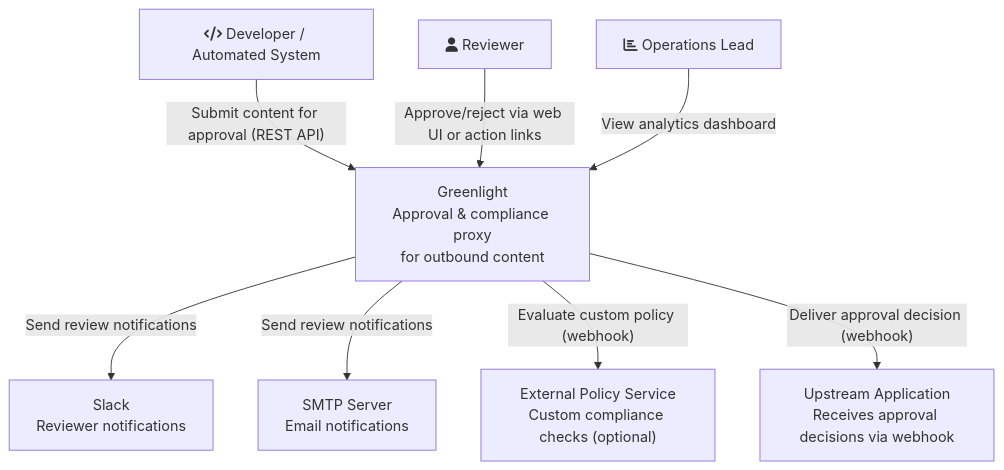
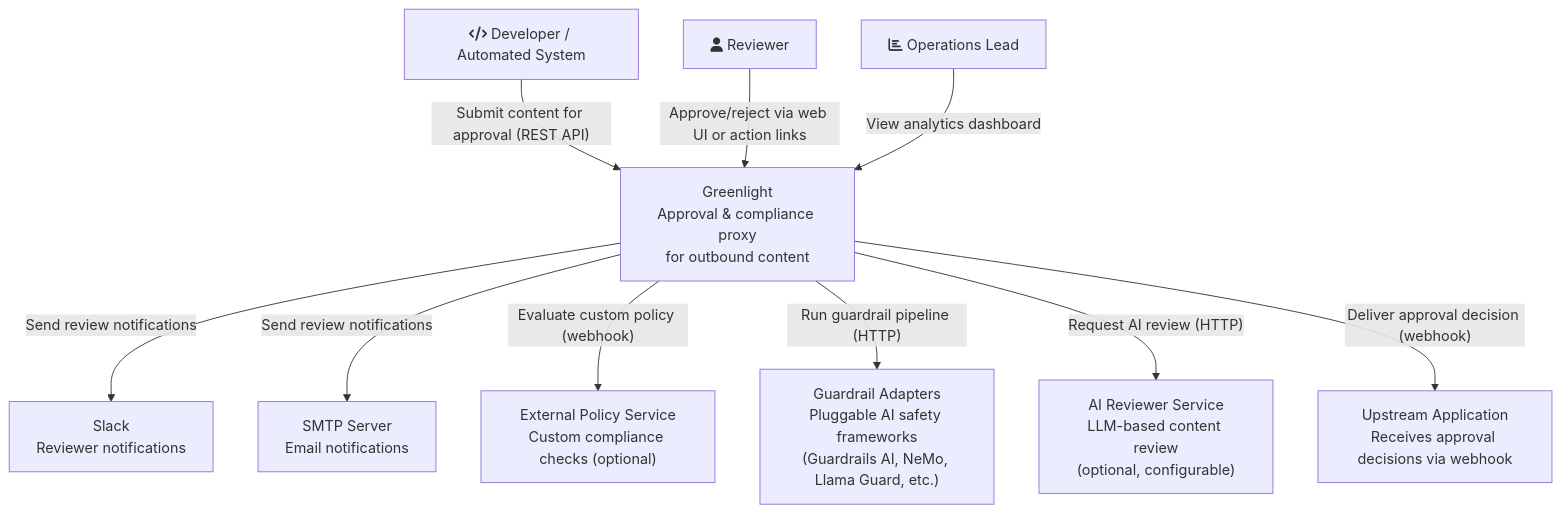
The first of 4 diagrams in docs/architecture/c4.md (lsadehaan/greenlight), drawn with Mermaid before and after one commit. The commit also changed other lines of this file and 5 other files, not shown here.

First line of the commit message:
docs: revise brief for AI-based review and pluggable guardrails

````diff
--- a/docs/architecture/c4.md
+++ b/docs/architecture/c4.md
@@ -7,19 +7,23 @@
 ```mermaid
 graph TD
     Dev["fa:fa-code Developer / Automated System"]
     Reviewer["fa:fa-user Reviewer"]
     Ops["fa:fa-chart-bar Operations Lead"]
     Greenlight["Greenlight<br/>Approval & compliance proxy<br/>for outbound content"]
     Slack["Slack<br/>Reviewer notifications"]
     SMTP["SMTP Server<br/>Email notifications"]
     ExtPolicy["External Policy Service<br/>Custom compliance checks (optional)"]
+    GuardrailAdapters["Guardrail Adapters<br/>Pluggable AI safety frameworks<br/>(Guardrails AI, NeMo, Llama Guard, etc.)"]
+    AIReviewer["AI Reviewer Service<br/>LLM-based content review<br/>(optional, configurable)"]
     Upstream["Upstream Application<br/>Receives approval decisions via webhook"]
 
     Dev -->|"Submit content for approval (REST API)"| Greenlight
     Reviewer -->|"Approve/reject via web UI or action links"| Greenlight
     Ops -->|"View analytics dashboard"| Greenlight
     Greenlight -->|"Send review notifications"| Slack
     Greenlight -->|"Send review notifications"| SMTP
     Greenlight -->|"Evaluate custom policy (webhook)"| ExtPolicy
+    Greenlight -->|"Run guardrail pipeline (HTTP)"| GuardrailAdapters
+    Greenlight -->|"Request AI review (HTTP)"| AIReviewer
     Greenlight -->|"Deliver approval decision (webhook)"| Upstream
 ```
````
